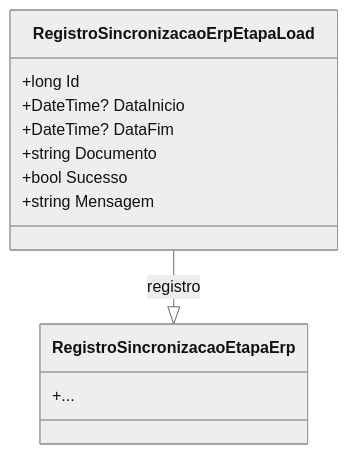
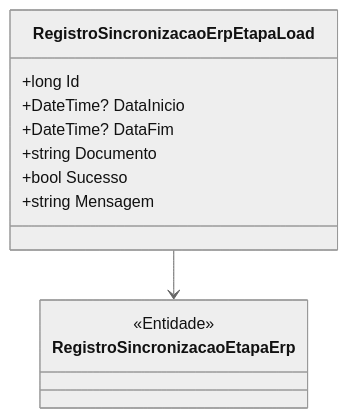
Before and after one commit to IsthmusSistemas/documentacao-tecnica: the diagram in docs/b2b-dominio/IsthmusWinthor.Nucleo/IsthmusWinthor.Dominio/Entidades/RegistroSincronizacaoErpEtapaLoad.md, drawn with Mermaid (neutral theme). The commit also changed other lines of this file and 882 other files, not shown here.

````diff
--- a/docs/b2b-dominio/IsthmusWinthor.Nucleo/IsthmusWinthor.Dominio/Entidades/RegistroSincronizacaoErpEtapaLoad.md
+++ b/docs/b2b-dominio/IsthmusWinthor.Nucleo/IsthmusWinthor.Dominio/Entidades/RegistroSincronizacaoErpEtapaLoad.md
@@ -22,17 +22,16 @@
 ```mermaid
 classDiagram
     class RegistroSincronizacaoErpEtapaLoad {
         +long Id
         +DateTime? DataInicio
         +DateTime? DataFim
         +string Documento
         +bool Sucesso
         +string Mensagem
     }
-    
     class RegistroSincronizacaoEtapaErp {
-        +...
+        <<Entidade>>
     }
 
-    RegistroSincronizacaoErpEtapaLoad --|> RegistroSincronizacaoEtapaErp : registro
+    RegistroSincronizacaoErpEtapaLoad --> RegistroSincronizacaoEtapaErp
 ```
````
